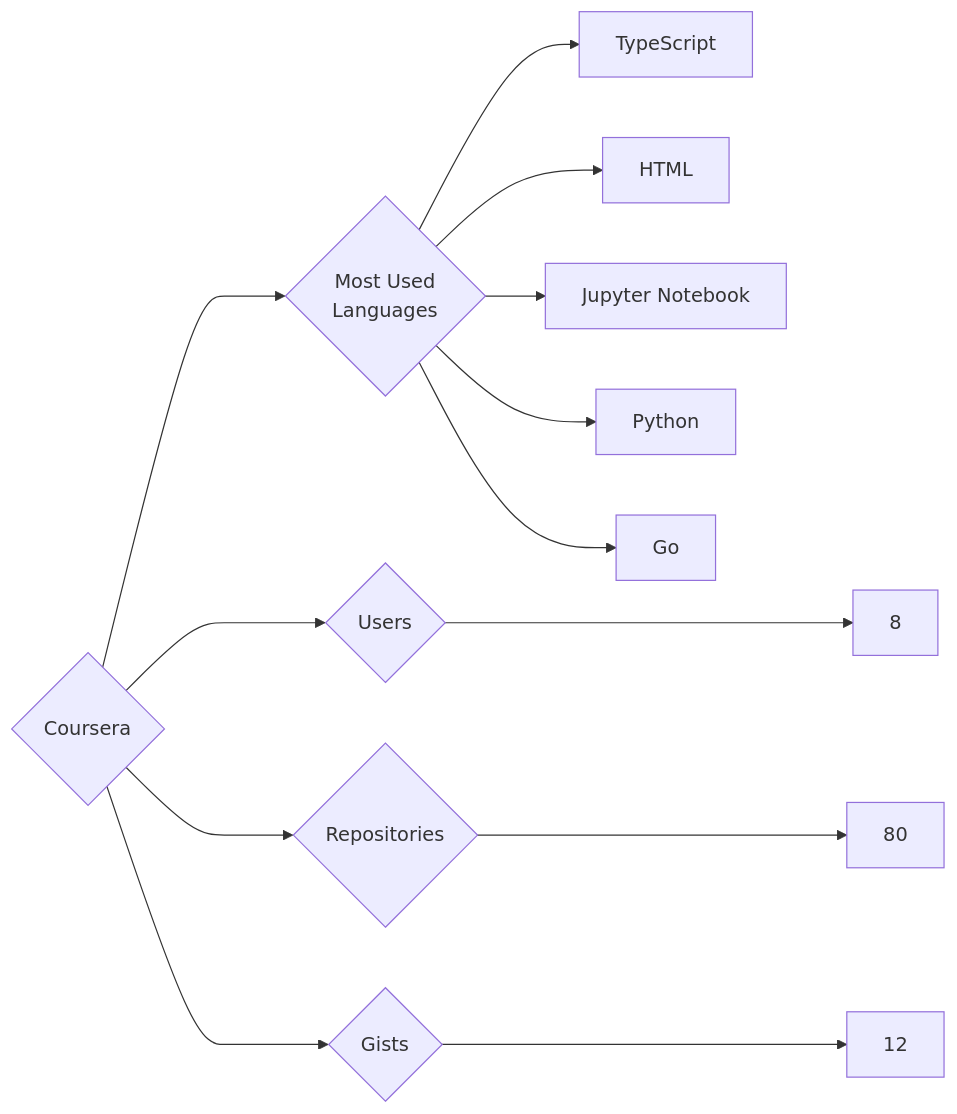
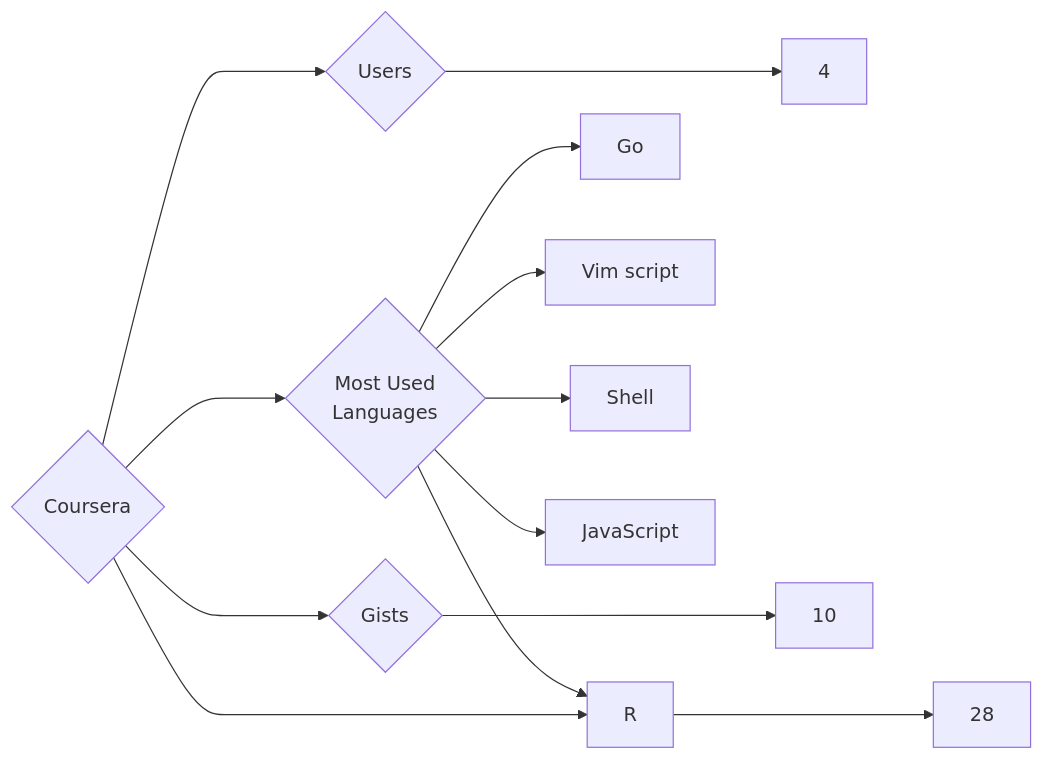
One commit to trickest/insiders changed the diagram in targets/Coursera/README.md. Above: the diagram before and after it, drawn with Mermaid. The commit also changed 965 other files, not shown here.

````diff
--- a/targets/Coursera/README.md
+++ b/targets/Coursera/README.md
@@ -3,13 +3,13 @@
 ```mermaid
 graph LR
 COMPANY_NAME{Coursera}
-COMPANY_NAME ---> U{Users} ---> UN[8]
-COMPANY_NAME ---> R{Repositories} ---> RN[80]
-COMPANY_NAME ---> G{Gists} ---> GN[12]
+COMPANY_NAME ---> U{Users} ---> UN[4]
+COMPANY_NAME ---> R{Repositories} ---> RN[28]
+COMPANY_NAME ---> G{Gists} ---> GN[10]
 COMPANY_NAME ---> ML{Most Used<br>Languages}
-ML --> TypeScript[TypeScript]
-ML --> HTML[HTML]
-ML --> Jupyter_Notebook[Jupyter Notebook]
-ML --> Python[Python]
 ML --> Go[Go]
+ML --> Vim_script[Vim script]
+ML --> Shell[Shell]
+ML --> R[R]
+ML --> JavaScript[JavaScript]
 ```
````
